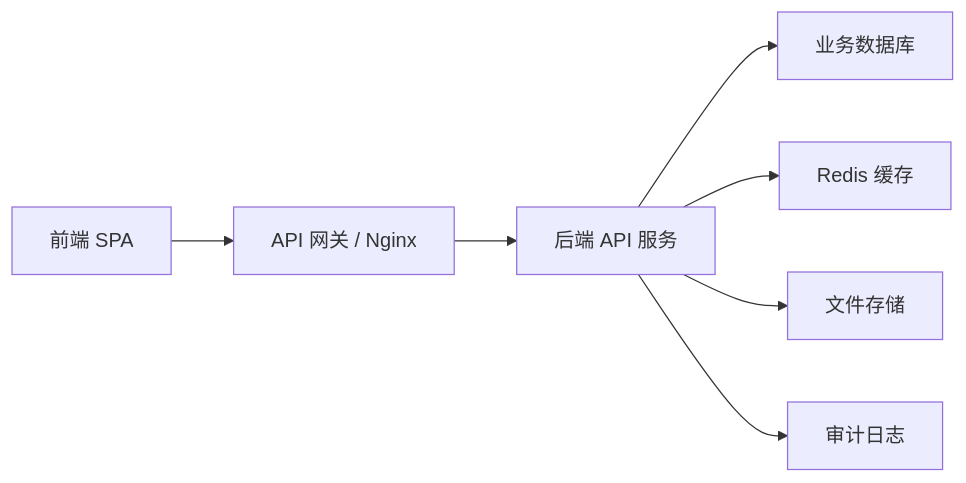
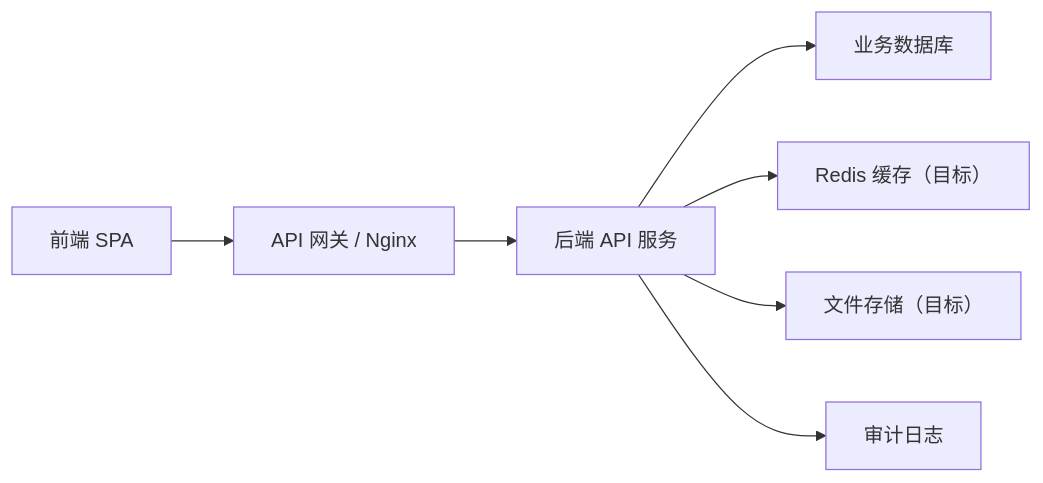
The diagram in docs/04-前后端分离开发文档.md (yshyq/project-management2), drawn with Mermaid before and after one commit. The commit also changed other lines of this file and 18 other files, not shown here.

````diff
--- a/docs/04-前后端分离开发文档.md
+++ b/docs/04-前后端分离开发文档.md
@@ -48,9 +58,9 @@
 ```mermaid
 flowchart LR
   Browser["前端 SPA"] --> Gateway["API 网关 / Nginx"]
   Gateway --> API["后端 API 服务"]
   API --> DB["业务数据库"]
-  API --> Redis["Redis 缓存"]
-  API --> File["文件存储"]
+  API --> Redis["Redis 缓存（目标）"]
+  API --> File["文件存储（目标）"]
   API --> Audit["审计日志"]
 ```
````
